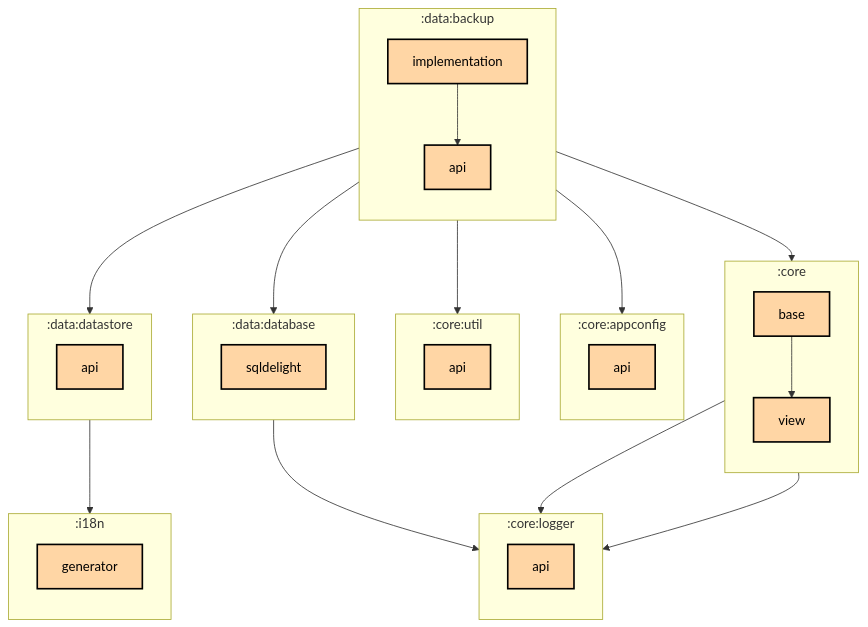
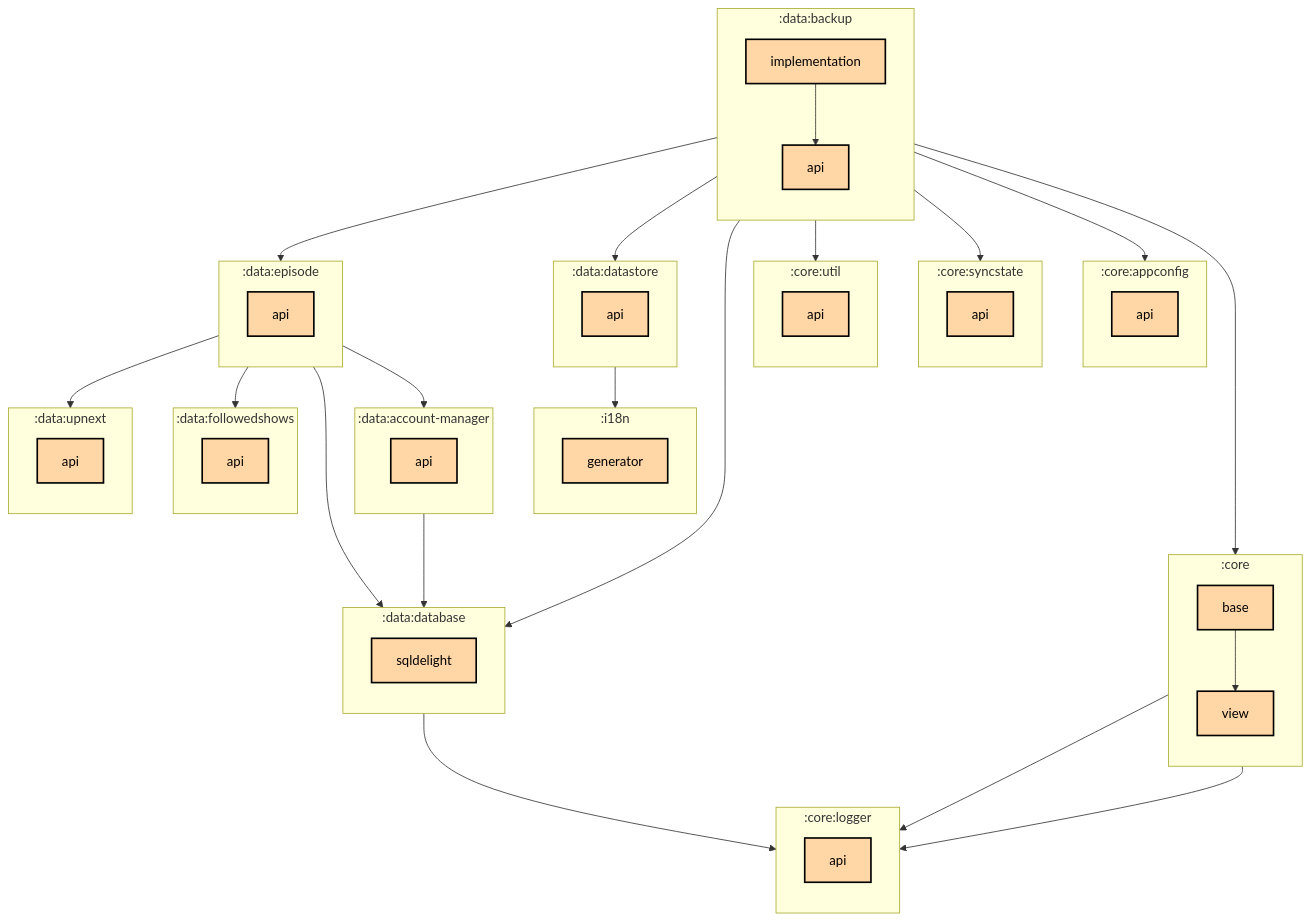
The first of 2 diagrams in data/backup/implementation/README.md (thomaskioko/tv-maniac), drawn with Mermaid before and after one commit. The commit also changed 2 other files, not shown here.

Commit message:
Update graph dependencies

````diff
--- a/data/backup/implementation/README.md
+++ b/data/backup/implementation/README.md
@@ -6,55 +6,82 @@
 ```mermaid
 graph TB
   subgraph :core
     direction TB
     :core:base[base]:::multiplatform
     :core:view[view]:::multiplatform
   end
   subgraph :core:appconfig
     direction TB
     :core:appconfig:api[api]:::multiplatform
   end
   subgraph :core:logger
     direction TB
     :core:logger:api[api]:::multiplatform
   end
+  subgraph :core:syncstate
+    direction TB
+    :core:syncstate:api[api]:::multiplatform
+  end
   subgraph :core:util
     direction TB
     :core:util:api[api]:::multiplatform
+  end
+  subgraph :data:account-manager
+    direction TB
+    :data:account-manager:api[api]:::multiplatform
   end
   subgraph :data:backup
     direction TB
     :data:backup:api[api]:::multiplatform
     :data:backup:implementation[implementation]:::multiplatform
   end
   subgraph :data:database
     direction TB
     :data:database:sqldelight[sqldelight]:::multiplatform
   end
   subgraph :data:datastore
     direction TB
     :data:datastore:api[api]:::multiplatform
   end
+  subgraph :data:episode
+    direction TB
+    :data:episode:api[api]:::multiplatform
+  end
+  subgraph :data:followedshows
+    direction TB
+    :data:followedshows:api[api]:::multiplatform
+  end
+  subgraph :data:upnext
+    direction TB
+    :data:upnext:api[api]:::multiplatform
+  end
   subgraph :i18n
     direction TB
     :i18n:generator[generator]:::multiplatform
   end
 
   :core:base --> :core:logger:api
   :core:base --> :core:view
   :core:view --> :core:logger:api
+  :data:account-manager:api --> :data:database:sqldelight
   :data:backup:implementation --> :core:appconfig:api
   :data:backup:implementation --> :core:base
+  :data:backup:implementation --> :core:syncstate:api
   :data:backup:implementation --> :core:util:api
   :data:backup:implementation --> :data:backup:api
   :data:backup:implementation --> :data:database:sqldelight
   :data:backup:implementation --> :data:datastore:api
+  :data:backup:implementation --> :data:episode:api
   :data:database:sqldelight --> :core:logger:api
   :data:datastore:api --> :i18n:generator
+  :data:episode:api --> :data:account-manager:api
+  :data:episode:api --> :data:database:sqldelight
+  :data:episode:api --> :data:followedshows:api
+  :data:episode:api --> :data:upnext:api
 
 classDef application fill:#CAFFBF,stroke:#000,stroke-width:2px,color:#000;
 classDef multiplatform fill:#FFD6A5,stroke:#000,stroke-width:2px,color:#000;
 classDef android-library fill:#9BF6FF,stroke:#000,stroke-width:2px,color:#000;
 classDef jvm-library fill:#BDB2FF,stroke:#000,stroke-width:2px,color:#000;
 classDef unknown fill:#FFADAD,stroke:#000,stroke-width:2px,color:#000;
 ```
````
